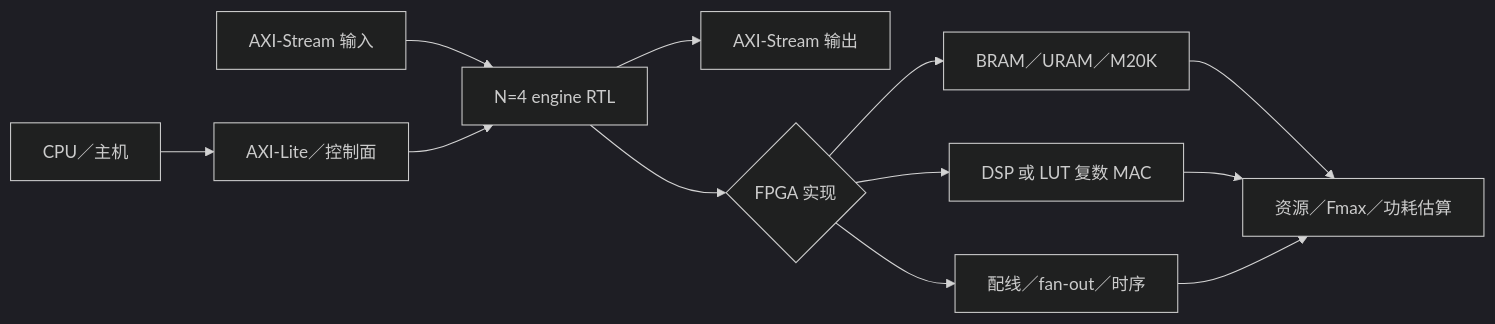
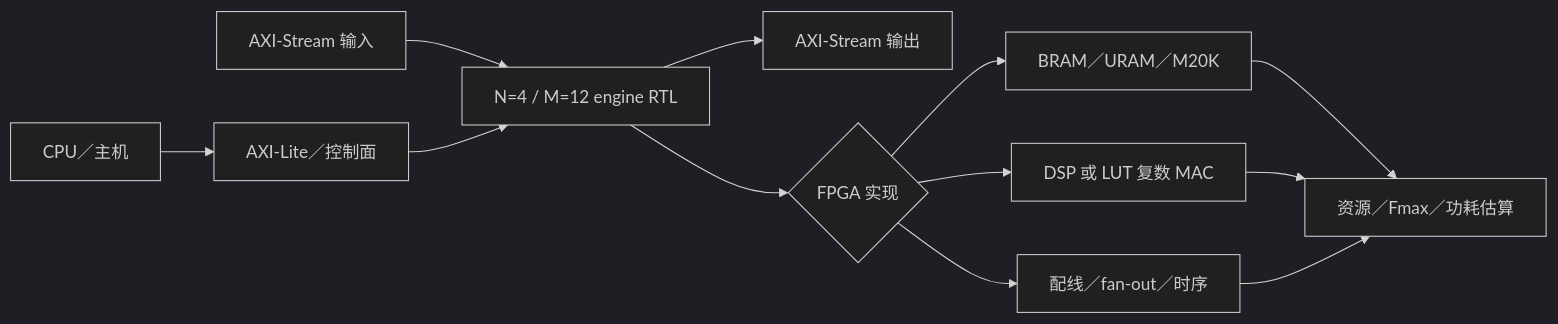
Before and after one commit to HN19781124/banked-stencil-multicast: the first of 2 diagrams in docs/concepts/fpga-and-simulation-comparison.zh-Hans.md, drawn with Mermaid (dark theme). The commit also changed other lines of this file and 36 other files, not shown here.

```diff
--- a/docs/concepts/fpga-and-simulation-comparison.zh-Hans.md
+++ b/docs/concepts/fpga-and-simulation-comparison.zh-Hans.md
@@ -14,14 +16,14 @@
 ~~~mermaid
 flowchart LR
     HOST["CPU／主机"] --> CTRL["AXI-Lite／控制面"]
-    STREAM["AXI-Stream 输入"] --> ENGINE["N=4 engine RTL"]
+    STREAM["AXI-Stream 输入"] --> ENGINE["N=4 / M=12 engine RTL"]
     CTRL --> ENGINE
     ENGINE --> OUT["AXI-Stream 输出"]
     ENGINE --> MAP{"FPGA 实现"}
     MAP --> BRAM["BRAM／URAM／M20K"]
     MAP --> DSP["DSP 或 LUT 复数 MAC"]
     MAP --> ROUTE["配线／fan-out／时序"]
     BRAM --> REPORT["资源／Fmax／功耗估算"]
     DSP --> REPORT
     ROUTE --> REPORT
 ~~~
```
